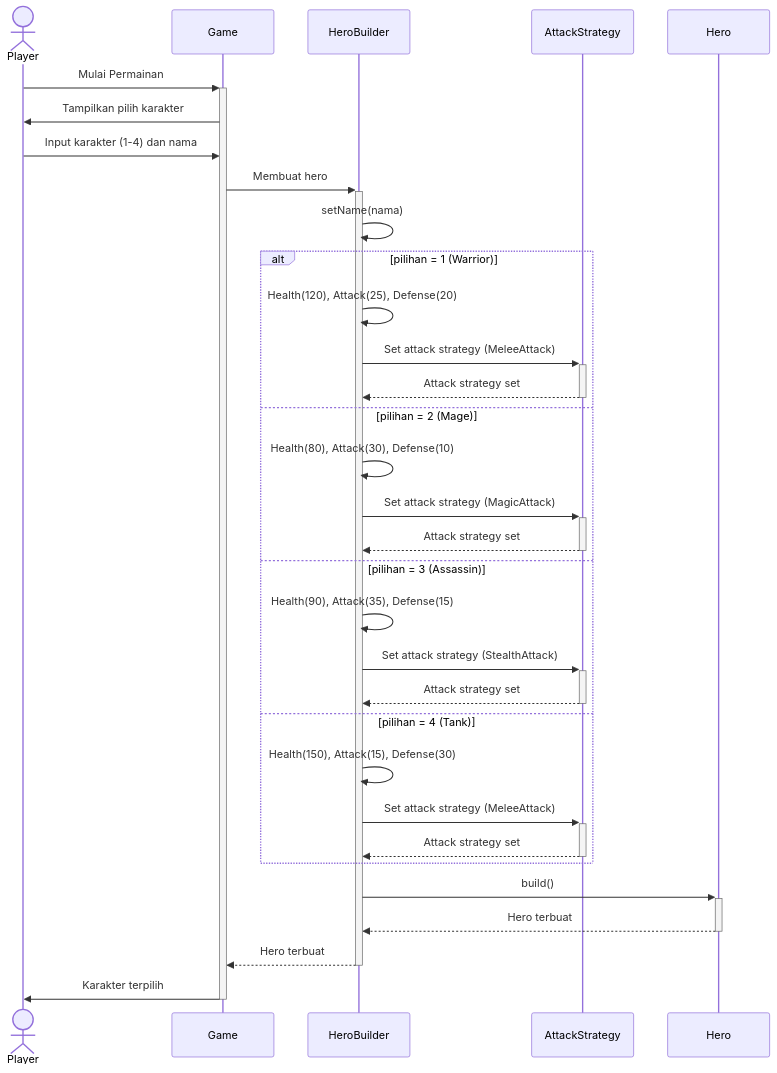
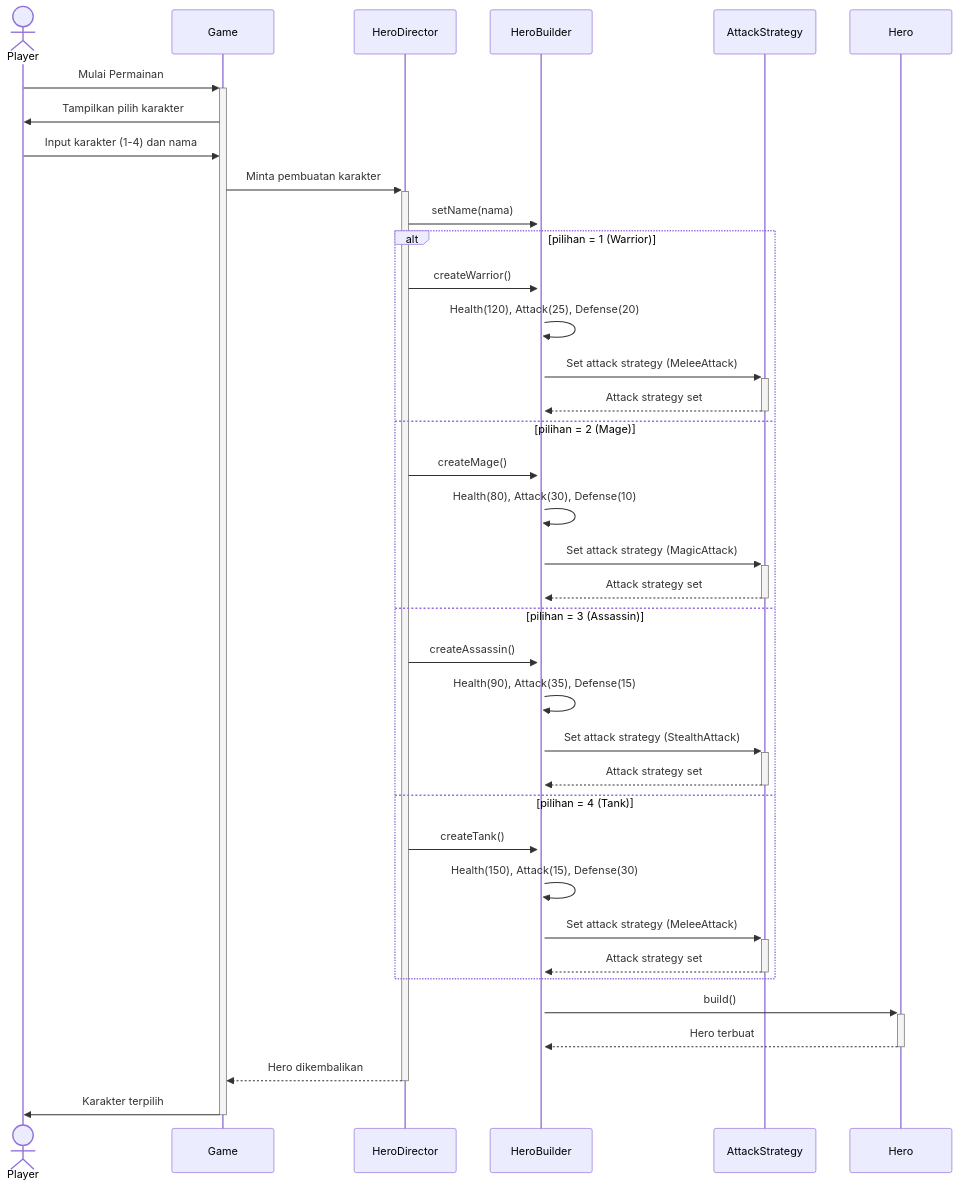
One commit to ekastn/java-design-pattern changed the second of 7 diagrams in README.md. Above: the diagram before and after it, drawn with Mermaid. The commit also changed other lines of this file and 4 other files, not shown here.

````diff
--- a/README.md
+++ b/README.md
@@ -349,35 +338,40 @@
 ```mermaid
 sequenceDiagram
     actor Player
     participant Game
+    participant HeroDirector
     participant HeroBuilder
     participant AttackStrategy
     participant Hero
 
     Player->>+Game: Mulai Permainan
     Game->>Player: Tampilkan pilih karakter
     Player->>Game: Input karakter (1-4) dan nama
-    Game->>+HeroBuilder: Membuat hero
-    HeroBuilder->>HeroBuilder: setName(nama)
+    Game->>+HeroDirector: Minta pembuatan karakter
+    HeroDirector->>+HeroBuilder: setName(nama)
     alt pilihan = 1 (Warrior)
+        HeroDirector->>HeroBuilder: createWarrior()
         HeroBuilder->>HeroBuilder: Health(120), Attack(25), Defense(20)
         HeroBuilder->>+AttackStrategy: Set attack strategy (MeleeAttack)
         AttackStrategy-->>-HeroBuilder: Attack strategy set
     else pilihan = 2 (Mage)
+        HeroDirector->>HeroBuilder: createMage()
         HeroBuilder->>HeroBuilder: Health(80), Attack(30), Defense(10)
         HeroBuilder->>+AttackStrategy: Set attack strategy (MagicAttack)
         AttackStrategy-->>-HeroBuilder: Attack strategy set
     else pilihan = 3 (Assassin)
+        HeroDirector->>HeroBuilder: createAssassin()
         HeroBuilder->>HeroBuilder: Health(90), Attack(35), Defense(15)
         HeroBuilder->>+AttackStrategy: Set attack strategy (StealthAttack)
         AttackStrategy-->>-HeroBuilder: Attack strategy set
     else pilihan = 4 (Tank)
+        HeroDirector->>HeroBuilder: createTank()
         HeroBuilder->>HeroBuilder: Health(150), Attack(15), Defense(30)
         HeroBuilder->>+AttackStrategy: Set attack strategy (MeleeAttack)
         AttackStrategy-->>-HeroBuilder: Attack strategy set
     end
     HeroBuilder->>+Hero: build()
     Hero-->>-HeroBuilder: Hero terbuat
-    HeroBuilder-->>-Game: Hero terbuat
+    HeroDirector-->>-Game: Hero dikembalikan
     Game->>-Player: Karakter terpilih
 ```
````
